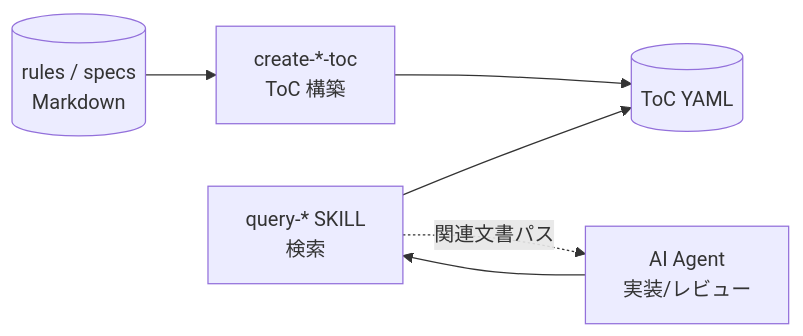
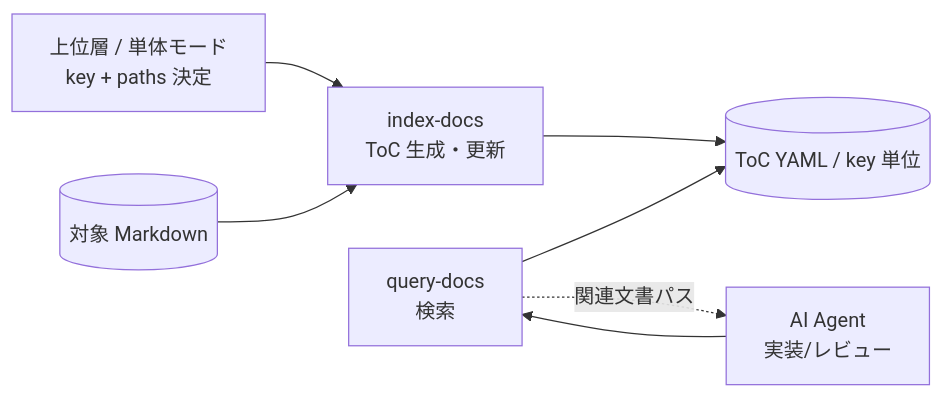
One commit to BlueEventHorizon/DocAdvisor-CC changed the diagram in README.md. Above: the diagram before and after it, drawn with Mermaid. The commit also changed other lines of this file and 17 other files, not shown here.

````diff
--- a/README.md
+++ b/README.md
@@ -28,12 +27,14 @@
 ```mermaid
 flowchart LR
-    DOC[(rules / specs<br/>Markdown)]
-    CT[create-*-toc<br/>ToC 構築]
-    QR[query-* SKILL<br/>検索]
+    UP[上位層 / 単体モード<br/>key + paths 決定]
+    DOC[(対象 Markdown)]
+    IX[index-docs<br/>ToC 生成・更新]
+    QR[query-docs<br/>検索]
     AI[AI Agent<br/>実装/レビュー]
 
-    DOC --> CT --> TOC[(ToC YAML)]
+    UP --> IX
+    DOC --> IX --> TOC[(ToC YAML / key 単位)]
     QR --> TOC
     AI --> QR
     QR -. 関連文書パス .-> AI
 ```
````
